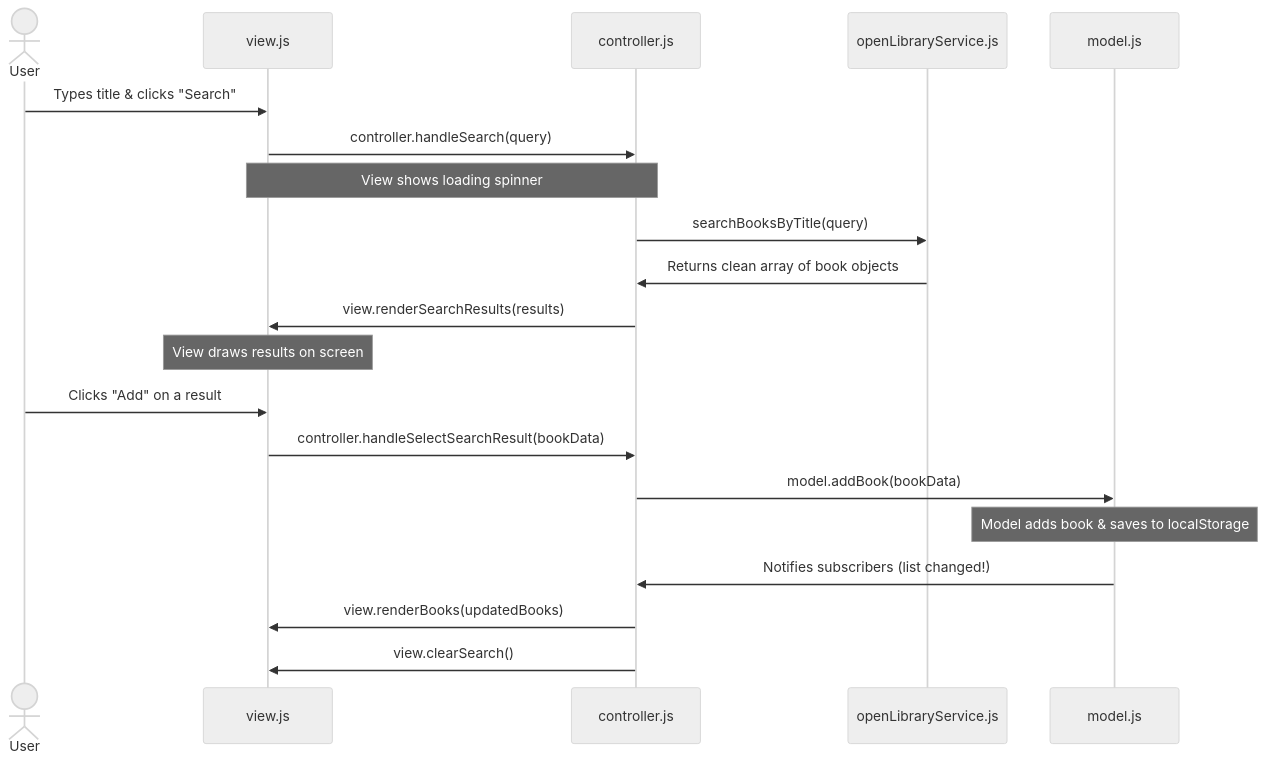
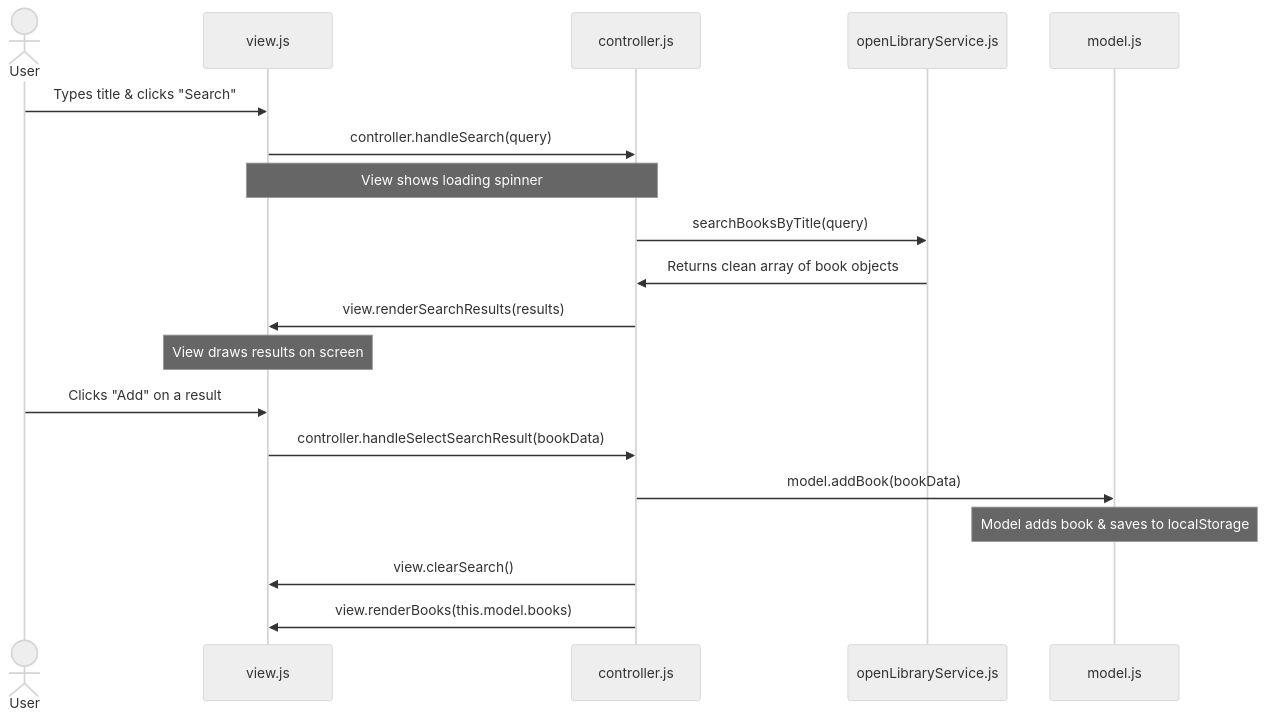
One commit to LCC-CIT/CS233JS-CourseMaterials changed the diagram in Examples/BookList/javascript_forest_guide.md. Above: the diagram before and after it, drawn with Mermaid (neutral theme). The commit also changed other lines of this file and 5 other files, not shown here.

````diff
--- a/Examples/BookList/javascript_forest_guide.md
+++ b/Examples/BookList/javascript_forest_guide.md
@@ -95,24 +95,23 @@
 ```mermaid
 sequenceDiagram
     actor User
     participant View as view.js
     participant Controller as controller.js
     participant Service as openLibraryService.js
     participant Model as model.js
 
     User->>View: Types title & clicks "Search"
     View->>Controller: controller.handleSearch(query)
     Note over View,Controller: View shows loading spinner
     Controller->>Service: searchBooksByTitle(query)
     Service->>Controller: Returns clean array of book objects
     Controller->>View: view.renderSearchResults(results)
     Note over View: View draws results on screen
     
     User->>View: Clicks "Add" on a result
     View->>Controller: controller.handleSelectSearchResult(bookData)
     Controller->>Model: model.addBook(bookData)
     Note over Model: Model adds book & saves to localStorage
-    Model->>Controller: Notifies subscribers (list changed!)
-    Controller->>View: view.renderBooks(updatedBooks)
     Controller->>View: view.clearSearch()
+    Controller->>View: view.renderBooks(this.model.books)
 ```
````
